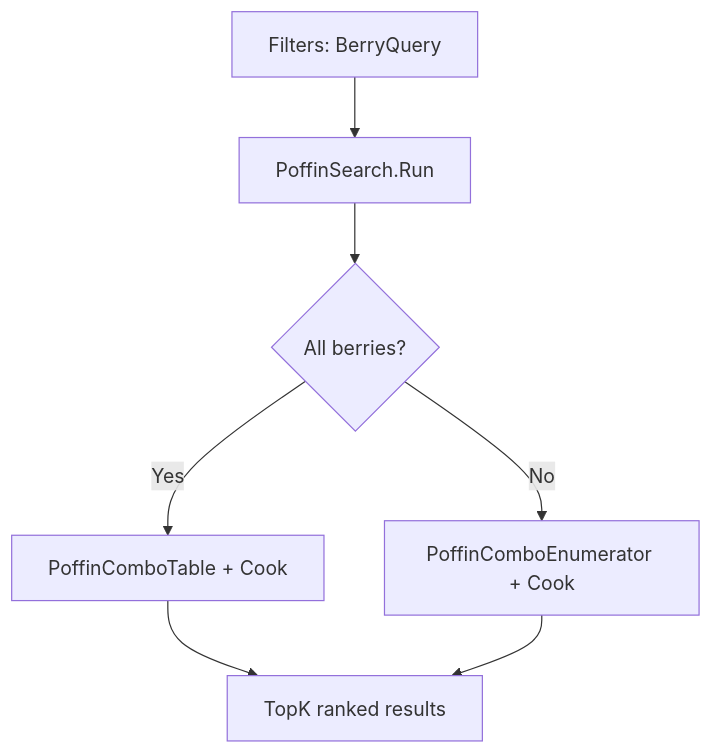
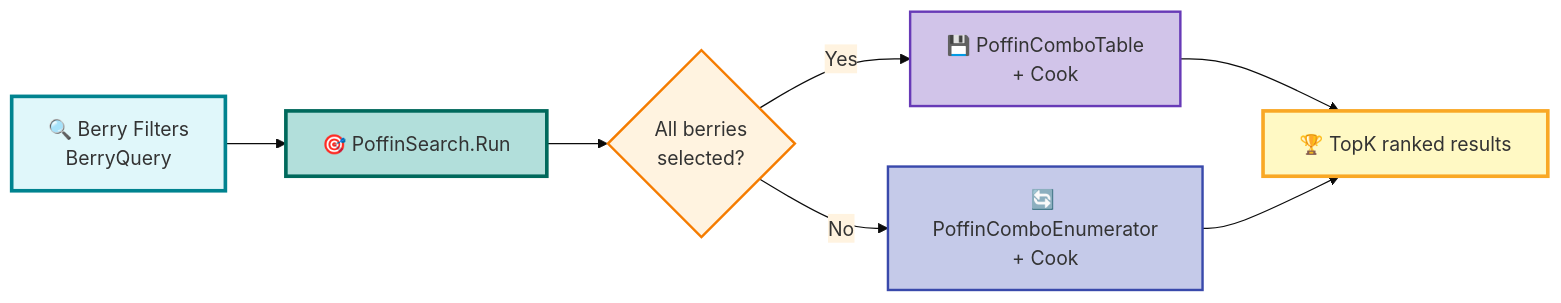
One commit to GlassToeStudio/BDSP changed the third of 3 diagrams in docs/Berries.Diagrams.md. Above: the diagram before and after it, drawn with Mermaid. The commit also changed other lines of this file and 6 other files, not shown here.

````diff
--- a/docs/Berries.Diagrams.md
+++ b/docs/Berries.Diagrams.md
@@ -254,9 +319,21 @@
 ```mermaid
-flowchart TD
-    A["Filters: BerryQuery"] --> B[PoffinSearch.Run]
-    B --> C{All berries?}
-    C -- Yes --> D[PoffinComboTable + Cook]
-    C -- No --> E[PoffinComboEnumerator + Cook]
-    D --> F[TopK ranked results]
+%%{init: {'theme':'base', 'themeVariables': { 'primaryColor':'#e8f5e9','secondaryColor':'#fff3e0','tertiaryColor':'#e1f5fe'}}}%%
+
+flowchart LR
+    A[🔍 Berry Filters<br/>BerryQuery] --> B[🎯 PoffinSearch.Run]
+    
+    B --> C{All berries<br/>selected?}
+    
+    C -->|Yes| D[💾 PoffinComboTable<br/>+ Cook]
+    C -->|No| E[🔄 PoffinComboEnumerator<br/>+ Cook]
+    
+    D --> F[🏆 TopK ranked results]
     E --> F
+    
+    style A fill:#e0f7fa,stroke:#00838f,stroke-width:3px
+    style B fill:#b2dfdb,stroke:#00695c,stroke-width:3px
+    style C fill:#fff3e0,stroke:#f57c00,stroke-width:2px
+    style D fill:#d1c4e9,stroke:#673ab7,stroke-width:2px
+    style E fill:#c5cae9,stroke:#3949ab,stroke-width:2px
+    style F fill:#fff9c4,stroke:#f9a825,stroke-width:3px
 ```
````
